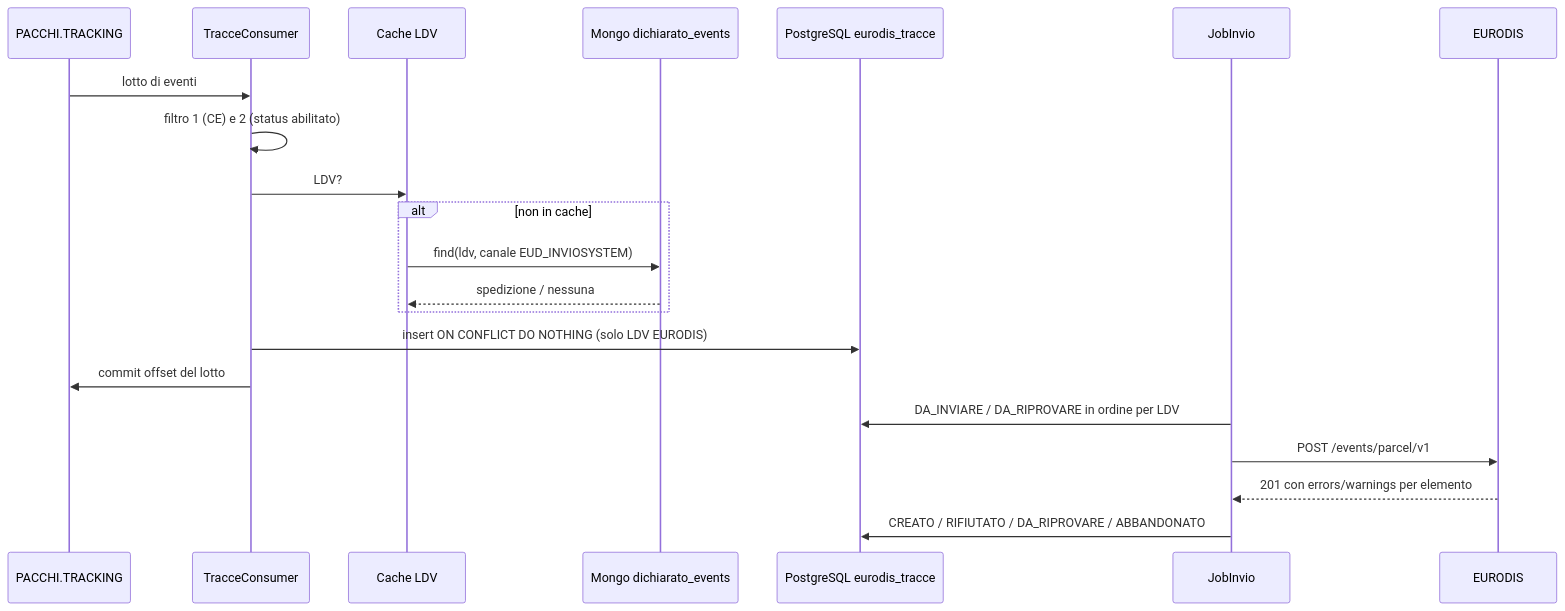
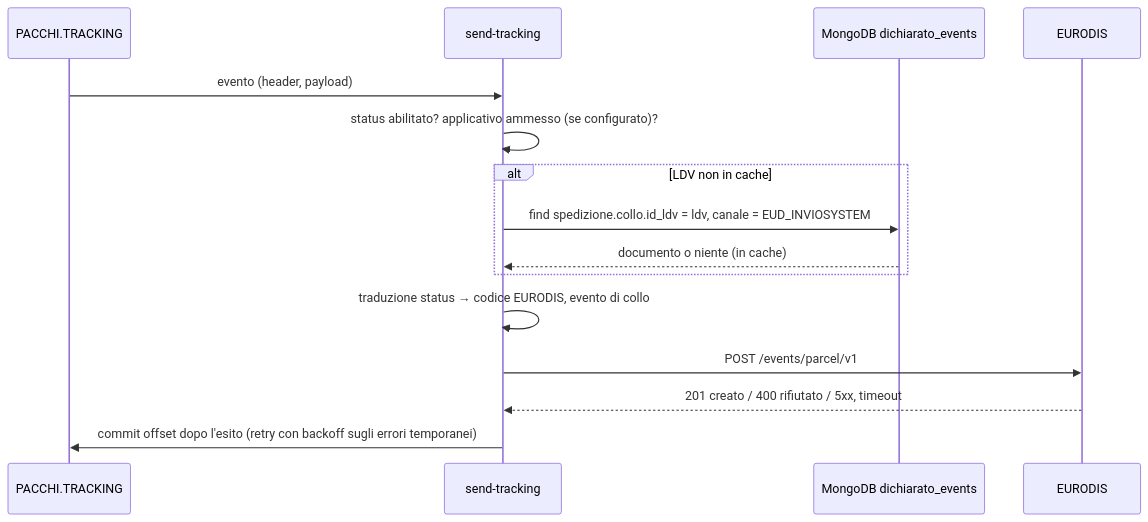
Before and after one commit to diegoMereu/sda-bmad: the third of 3 diagrams in iniziative/136596/sviluppo/ce-eurodis-send-tracking.md, drawn with Mermaid. The commit also changed other lines of this file and 2 other files, not shown here.

Commit message:
docs(136596): send-tracking 0.4 allineata a ec2f65b (senza storico, filtri status → applicativo facoltativo → LDV EUD_INVIOSYSTEM, invio diretto con retry, span/metriche/log); DDL di send-tracking superato; PA-35

````diff
--- a/iniziative/136596/sviluppo/ce-eurodis-send-tracking.md
+++ b/iniziative/136596/sviluppo/ce-eurodis-send-tracking.md
@@ -762,23 +795,17 @@
 ```mermaid
 sequenceDiagram
   participant K as PACCHI.TRACKING
-  participant C as TracceConsumer
-  participant Ca as Cache LDV
-  participant M as Mongo dichiarato_events
-  participant P as PostgreSQL eurodis_tracce
-  participant J as JobInvio
+  participant C as send-tracking
+  participant M as MongoDB dichiarato_events
   participant E as EURODIS
-  K->>C: lotto di eventi
-  C->>C: filtro 1 (CE) e 2 (status abilitato)
-  C->>Ca: LDV?
-  alt non in cache
-    Ca->>M: find(ldv, canale EUD_INVIOSYSTEM)
-    M-->>Ca: spedizione / nessuna
+  K->>C: evento (header, payload)
+  C->>C: status abilitato? applicativo ammesso (se configurato)?
+  alt LDV non in cache
+    C->>M: find spedizione.collo.id_ldv = ldv, canale = EUD_INVIOSYSTEM
+    M-->>C: documento o niente (in cache)
   end
-  C->>P: insert ON CONFLICT DO NOTHING (solo LDV EURODIS)
-  C->>K: commit offset del lotto
-  J->>P: DA_INVIARE / DA_RIPROVARE in ordine per LDV
-  J->>E: POST /events/parcel/v1
-  E-->>J: 201 con errors/warnings per elemento
-  J->>P: CREATO / RIFIUTATO / DA_RIPROVARE / ABBANDONATO
+  C->>C: traduzione status → codice EURODIS, evento di collo
+  C->>E: POST /events/parcel/v1
+  E-->>C: 201 creato / 400 rifiutato / 5xx, timeout
+  C->>K: commit offset dopo l'esito (retry con backoff sugli errori temporanei)
 ```
````
